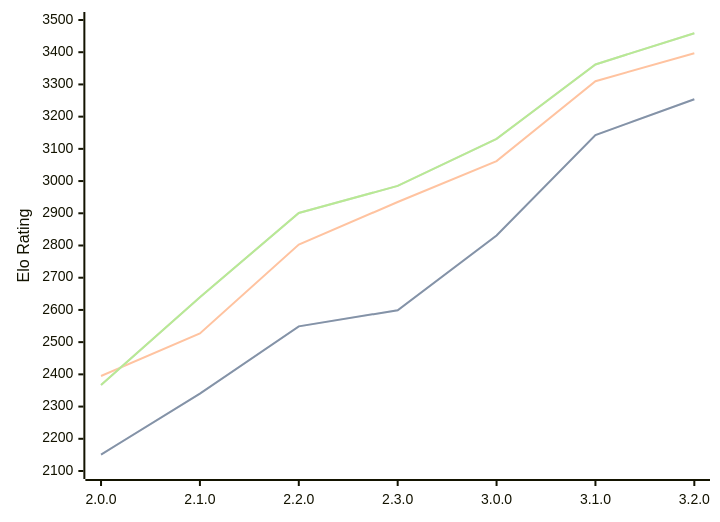
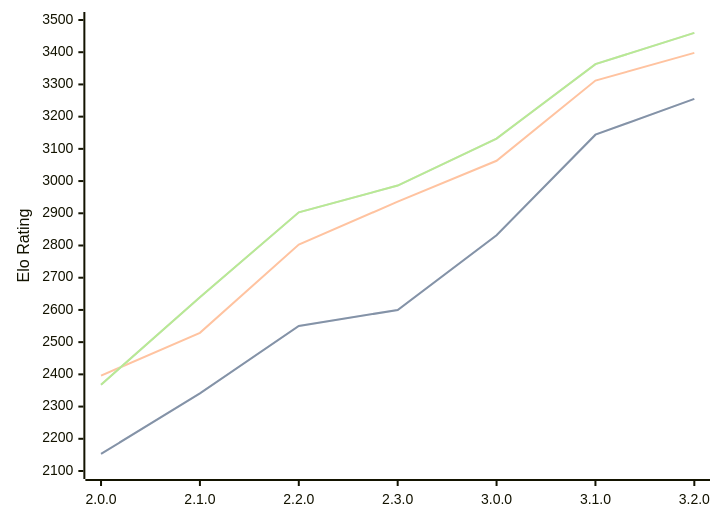
Before and after one commit to computer-chess-index/cci: the diagram in engines/Raphael.md, drawn with Mermaid. The commit also changed other lines of this file, not shown here.

Commit message:
Update CCI Ratings (ELO VLTC) - 2026-03-29

````diff
--- a/engines/Raphael.md
+++ b/engines/Raphael.md
@@ -49,11 +49,11 @@
 ```mermaid
 %%{init: {"theme":"base","themeVariables":{"seriesColors:['#a3a3a3','#222221','#faa371']}}}%%
 xychart-beta
   x-axis ["2.0.0", "2.1.0", "2.2.0", "2.3.0", "3.0.0", "3.1.0", "3.2.0"]
   y-axis "Elo Rating" 2100 --> 3500
-  line "STC (8.0+0.08s)" [2151, 2340, 2549, 2599, 2831, 3143, 3254]
-  line "STC (8.0+0.08s)" [2151, 2340, 2549, 2599, 2831, 3143, 3254]
-  line "LTC (60.0+0.60s)" [2395, 2527, 2803, 2935, 3062, 3310, 3397]
-  line "VLTC (2m24s+1.12s)" [2367, 2639, 2901, 2985, 3131, 3362, 3459]
-  line "VLTC (2m24s+1.12s)" [2367, 2639, 2901, 2985, 3131, 3362, 3459]
+  line "STC (8.0+0.08s)" [2153, 2341, 2550, 2600, 2832, 3144, 3255]
+  line "STC (8.0+0.08s)" [2153, 2341, 2550, 2600, 2832, 3144, 3255]
+  line "LTC (60.0+0.60s)" [2396, 2529, 2803, 2936, 3063, 3312, 3398]
+  line "VLTC (2m24s+1.12s)" [2368, 2639, 2903, 2986, 3132, 3363, 3460]
+  line "VLTC (2m24s+1.12s)" [2368, 2639, 2903, 2986, 3132, 3363, 3460]
 ```
````
